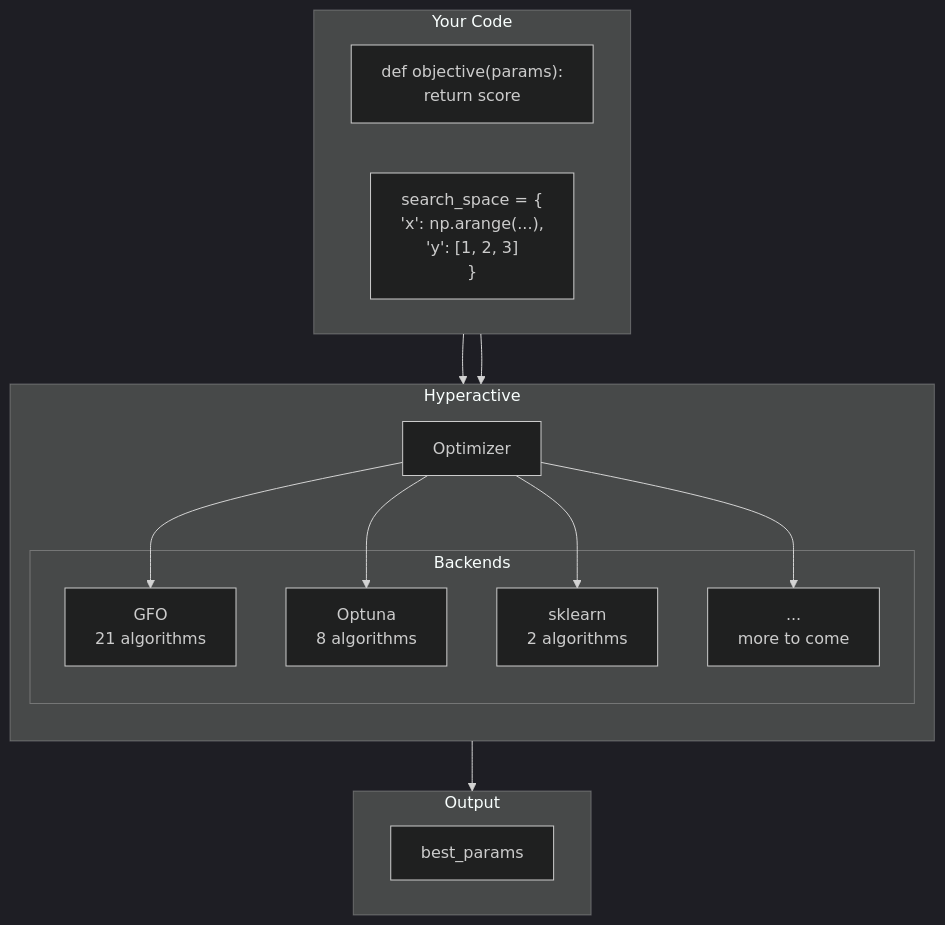
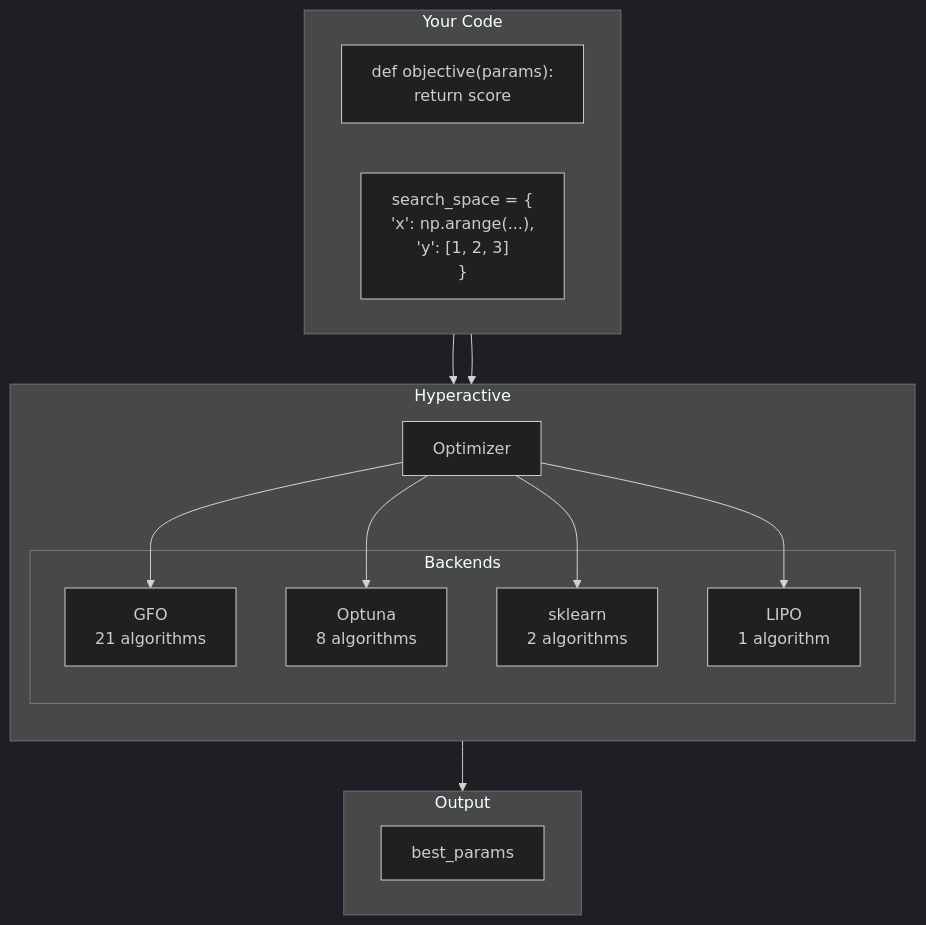
One commit to hyperactive-project/Hyperactive changed the diagram in README.md. Above: the diagram before and after it, drawn with Mermaid (dark theme). The commit also changed other lines of this file, not shown here.

````diff
--- a/README.md
+++ b/README.md
@@ -164,33 +165,33 @@
 ```mermaid
 flowchart TB
     subgraph USER["Your Code"]
         direction LR
         F["def objective(params):<br/>    return score"]
         SP["search_space = {<br/>    'x': np.arange(...),<br/>    'y': [1, 2, 3]<br/>}"]
     end
 
     subgraph HYPER["Hyperactive"]
         direction TB
         OPT["Optimizer"]
 
         subgraph BACKENDS["Backends"]
             GFO["GFO<br/>21 algorithms"]
             OPTUNA["Optuna<br/>8 algorithms"]
             SKL["sklearn<br/>2 algorithms"]
-            MORE["...<br/>more to come"]
+            LIPO["LIPO<br/>1 algorithm"]
         end
 
         OPT --> GFO
         OPT --> OPTUNA
         OPT --> SKL
-        OPT --> MORE
+        OPT --> LIPO
     end
 
     subgraph OUT["Output"]
         BEST["best_params"]
     end
 
     F --> OPT
     SP --> OPT
     HYPER --> OUT
 ```
````
